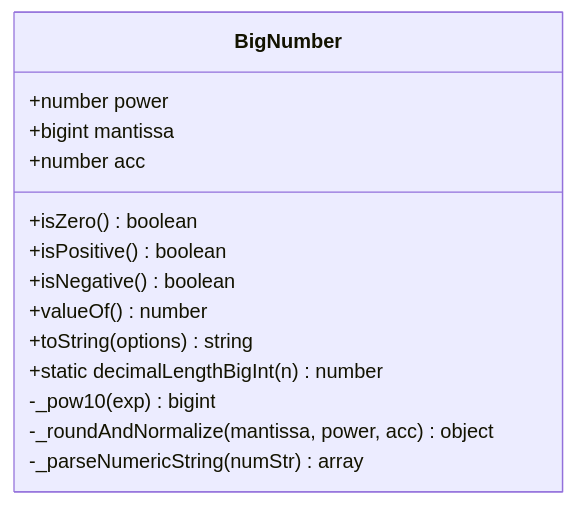
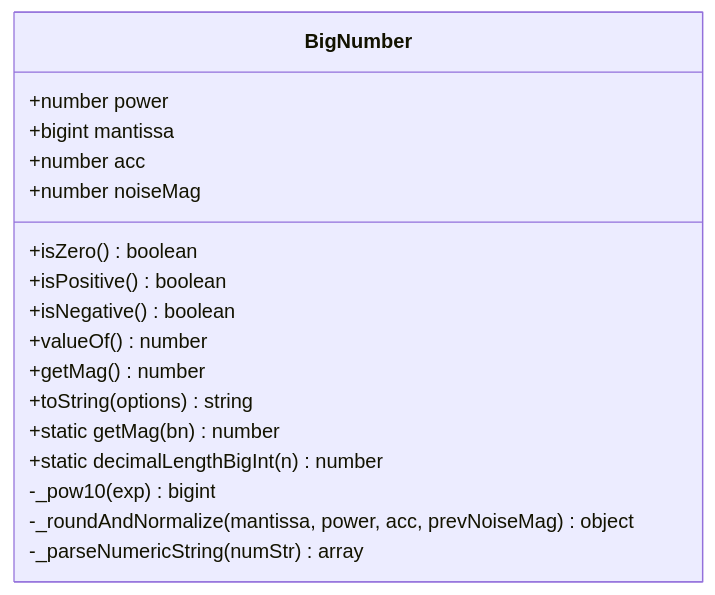
One commit to double-cloth-studio/Whalgebra changed the first of 3 diagrams in docs/math_engine_and_constructors.md. Above: the diagram before and after it, drawn with Mermaid. The commit also changed other lines of this file and 3 other files, not shown here.

````diff
--- a/docs/math_engine_and_constructors.md
+++ b/docs/math_engine_and_constructors.md
@@ -56,17 +57,20 @@
 ```mermaid
 classDiagram
     class BigNumber {
         +number power
         +bigint mantissa
         +number acc
+        +number noiseMag
         +isZero() boolean
         +isPositive() boolean
         +isNegative() boolean
         +valueOf() number
+        +getMag() number
         +toString(options) string
+        +static getMag(bn) number
         +static decimalLengthBigInt(n) number
         -_pow10(exp) bigint
-        -_roundAndNormalize(mantissa, power, acc) object
+        -_roundAndNormalize(mantissa, power, acc, prevNoiseMag) object
         -_parseNumericString(numStr) array
     }
 ```
````
